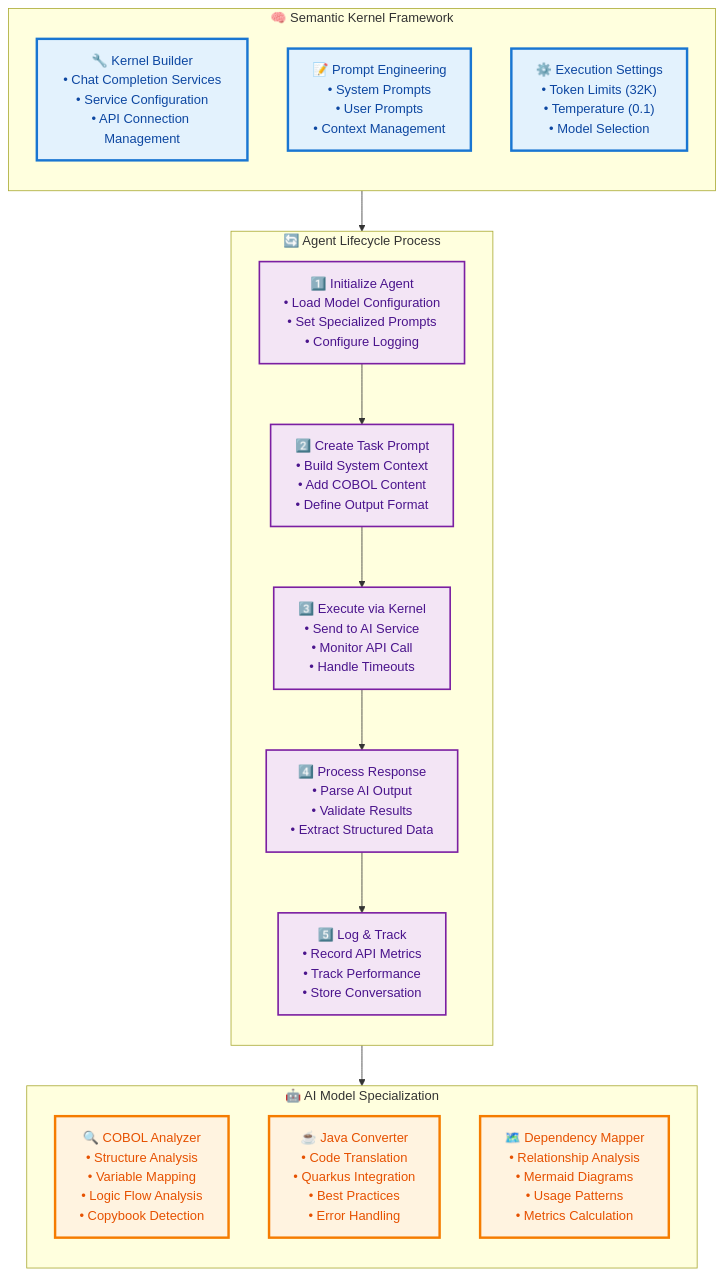
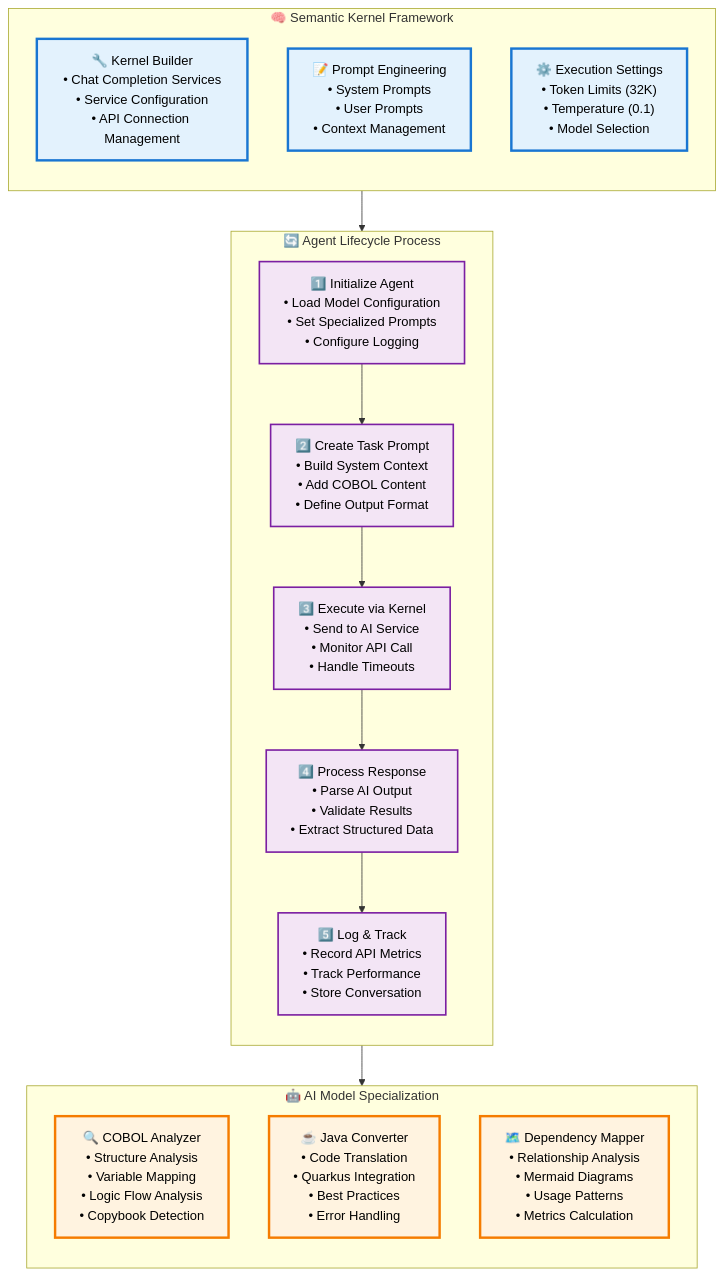
The third of 4 diagrams in SEMANTIC_KERNEL_ARCHITECTURE.md (Azure-Samples/Legacy-Modernization-Agents), drawn with Mermaid before and after one commit. The commit also changed other lines of this file, not shown here.

Commit message:
Fixed diagram text color

````diff
--- a/SEMANTIC_KERNEL_ARCHITECTURE.md
+++ b/SEMANTIC_KERNEL_ARCHITECTURE.md
@@ -146,44 +146,44 @@
 ```mermaid
 graph TB
     subgraph SK_KERNEL ["🧠 Semantic Kernel Framework"]
         direction TB
         KERNEL["🔧 Kernel Builder<br/>• Chat Completion Services<br/>• Service Configuration<br/>• API Connection Management"]
         PROMPT_ENGINE["📝 Prompt Engineering<br/>• System Prompts<br/>• User Prompts<br/>• Context Management"]
         EXECUTION["⚙️ Execution Settings<br/>• Token Limits (32K)<br/>• Temperature (0.1)<br/>• Model Selection"]
     end
     
     subgraph AGENT_LIFECYCLE ["🔄 Agent Lifecycle Process"]
         direction TB
         INIT["1️⃣ Initialize Agent<br/>• Load Model Configuration<br/>• Set Specialized Prompts<br/>• Configure Logging"]
         PROMPT["2️⃣ Create Task Prompt<br/>• Build System Context<br/>• Add COBOL Content<br/>• Define Output Format"]
         EXECUTE["3️⃣ Execute via Kernel<br/>• Send to AI Service<br/>• Monitor API Call<br/>• Handle Timeouts"]
         PROCESS_RESPONSE["4️⃣ Process Response<br/>• Parse AI Output<br/>• Validate Results<br/>• Extract Structured Data"]
         LOG["5️⃣ Log & Track<br/>• Record API Metrics<br/>• Track Performance<br/>• Store Conversation"]
         
         INIT --> PROMPT
         PROMPT --> EXECUTE
         EXECUTE --> PROCESS_RESPONSE
         PROCESS_RESPONSE --> LOG
     end
     
     subgraph AI_MODELS ["🤖 AI Model Specialization"]
         direction TB
         ANALYZER_MODEL["🔍 COBOL Analyzer<br/>• Structure Analysis<br/>• Variable Mapping<br/>• Logic Flow Analysis<br/>• Copybook Detection"]
         CONVERTER_MODEL["☕ Java Converter<br/>• Code Translation<br/>• Quarkus Integration<br/>• Best Practices<br/>• Error Handling"]
         DEPENDENCY_MODEL["🗺️ Dependency Mapper<br/>• Relationship Analysis<br/>• Mermaid Diagrams<br/>• Usage Patterns<br/>• Metrics Calculation"]
     end
     
     %% Connections
     SK_KERNEL --> AGENT_LIFECYCLE
     AGENT_LIFECYCLE --> AI_MODELS
     
     %% Enhanced Styling
-    classDef kernelStyle fill:#e3f2fd,stroke:#1976d2,stroke-width:3px,color:#0d47a1
-    classDef lifecycleStyle fill:#f1f8e9,stroke:#689f38,stroke-width:3px,color:#1b5e20
-    classDef modelStyle fill:#fff3e0,stroke:#f57c00,stroke-width:3px,color:#e65100
-    classDef stepStyle fill:#f3e5f5,stroke:#7b1fa2,stroke-width:2px,color:#4a148c
+    classDef kernelStyle fill:#e3f2fd,stroke:#1976d2,stroke-width:3px,color:#000000
+    classDef lifecycleStyle fill:#f1f8e9,stroke:#689f38,stroke-width:3px,color:#000000
+    classDef modelStyle fill:#fff3e0,stroke:#f57c00,stroke-width:3px,color:#000000
+    classDef stepStyle fill:#f3e5f5,stroke:#7b1fa2,stroke-width:2px,color:#000000
     
     class KERNEL,PROMPT_ENGINE,EXECUTION kernelStyle
     class INIT,PROMPT,EXECUTE,PROCESS_RESPONSE,LOG stepStyle
     class ANALYZER_MODEL,CONVERTER_MODEL,DEPENDENCY_MODEL modelStyle
 ```
````
